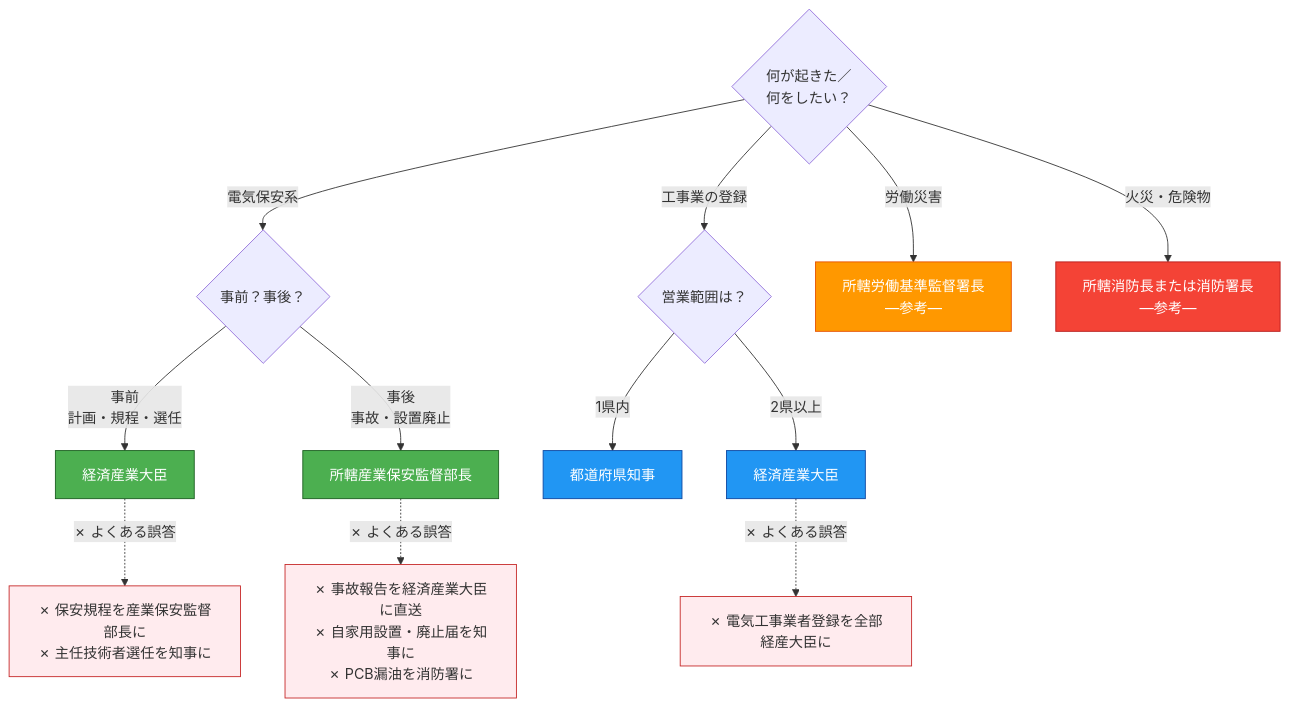
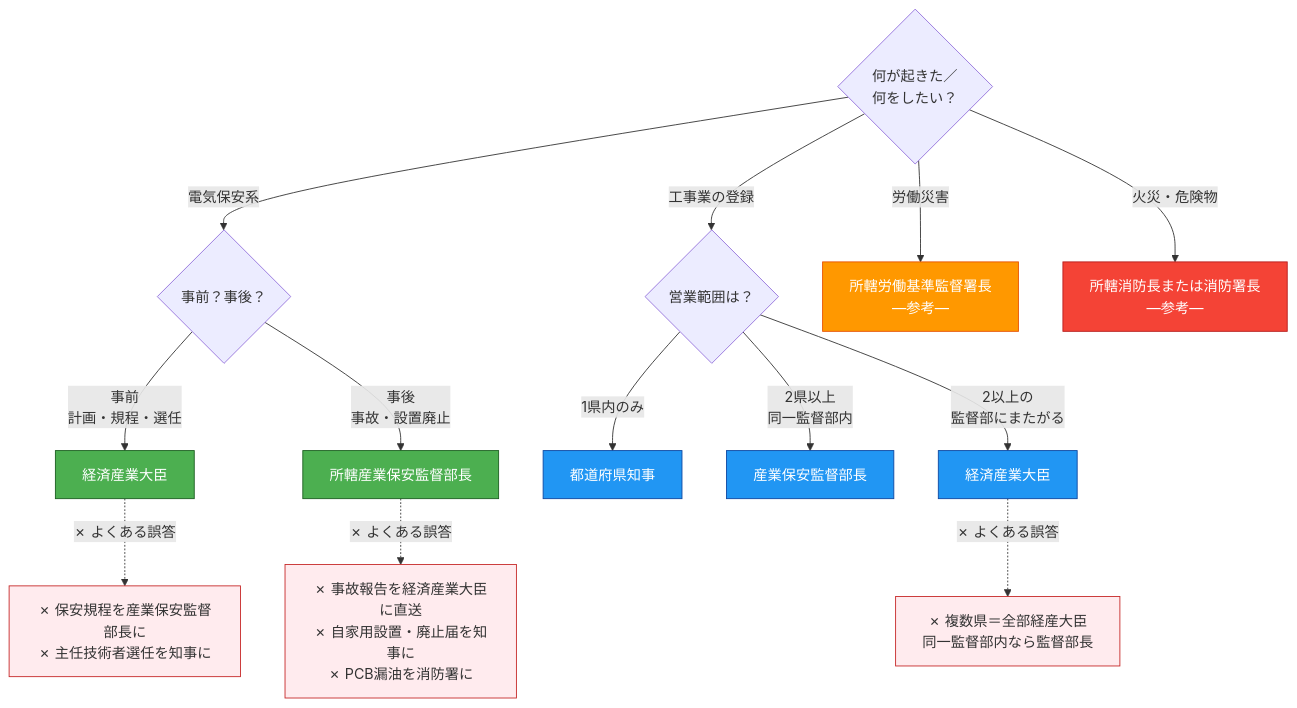
The second of 2 diagrams in docs/reference/reporting-destinations.md (kfurufuru/denken-wiki), drawn with Mermaid before and after one commit. The commit also changed other lines of this file, not shown here.

````diff
--- a/docs/reference/reporting-destinations.md
+++ b/docs/reference/reporting-destinations.md
@@ -125,33 +139,35 @@
 ```mermaid
 graph TD
     Q1{何が起きた／<br/>何をしたい？}
 
     Q1 -->|電気保安系| Q2{事前？事後？}
     Q1 -->|工事業の登録| W1
     Q1 -->|労働災害| L1
     Q1 -->|火災・危険物| F1
 
     Q2 -->|事前<br/>計画・規程・選任| P1[経済産業大臣]
     Q2 -->|事後<br/>事故・設置廃止| R1[所轄産業保安監督部長]
 
     W1{営業範囲は？}
-    W1 -->|1県内| W2[都道府県知事]
-    W1 -->|2県以上| W3[経済産業大臣]
+    W1 -->|1県内のみ| W2[都道府県知事]
+    W1 -->|2県以上<br/>同一監督部内| W3[産業保安監督部長]
+    W1 -->|2以上の<br/>監督部にまたがる| W4[経済産業大臣]
 
     L1[所轄労働基準監督署長<br/>―参考―]
     F1[所轄消防長または消防署長<br/>―参考―]
 
     P1 -.✗ よくある誤答.-> X1[✗ 保安規程を産業保安監督部長に<br/>✗ 主任技術者選任を知事に]
     R1 -.✗ よくある誤答.-> X2[✗ 事故報告を経済産業大臣に直送<br/>✗ 自家用設置・廃止届を知事に<br/>✗ PCB漏油を消防署に]
-    W3 -.✗ よくある誤答.-> X3[✗ 電気工事業者登録を全部経産大臣に]
+    W4 -.✗ よくある誤答.-> X3[✗ 複数県＝全部経産大臣<br/>同一監督部内なら監督部長]
 
     style P1 fill:#4CAF50,stroke:#1B5E20,color:#fff
     style R1 fill:#4CAF50,stroke:#1B5E20,color:#fff
     style W2 fill:#2196F3,stroke:#0D47A1,color:#fff
     style W3 fill:#2196F3,stroke:#0D47A1,color:#fff
+    style W4 fill:#2196F3,stroke:#0D47A1,color:#fff
     style L1 fill:#FF9800,stroke:#E65100,color:#fff
     style F1 fill:#F44336,stroke:#B71C1C,color:#fff
     style X1 fill:#FFEBEE,stroke:#C62828
     style X2 fill:#FFEBEE,stroke:#C62828
     style X3 fill:#FFEBEE,stroke:#C62828
 ```
````
